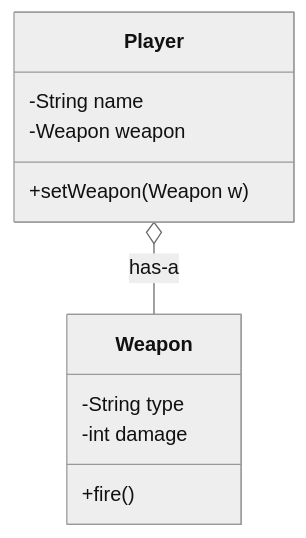
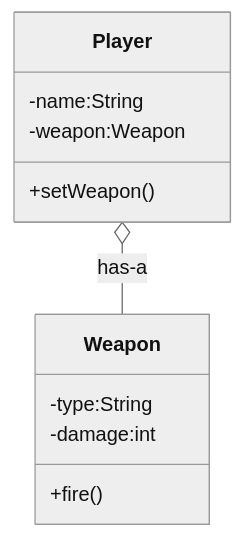
One commit to dukehug/mkdocs_dknotes changed the diagram in docs/Adamson/2026/OOP Java/Module-8-Inheritance.md. Above: the diagram before and after it, drawn with Mermaid (neutral theme). The commit also changed other lines of this file and 1 other file, not shown here.

````diff
--- a/docs/Adamson/2026/OOP Java/Module-8-Inheritance.md
+++ b/docs/Adamson/2026/OOP Java/Module-8-Inheritance.md
@@ -288,17 +222,18 @@
 ```mermaid
 classDiagram
     class Player {
-        -String name
-        -Weapon weapon
-        +setWeapon(Weapon w)
+        -name:String
+	    -weapon:Weapon
+        +setWeapon()
+        
     }
 
     class Weapon {
-        -String type
-        -int damage
+        -type:String
+        -damage:int
         +fire()
     }
 
     %% Has-A 關係 (聚合)
     Player o-- Weapon : has-a
 ```
````
